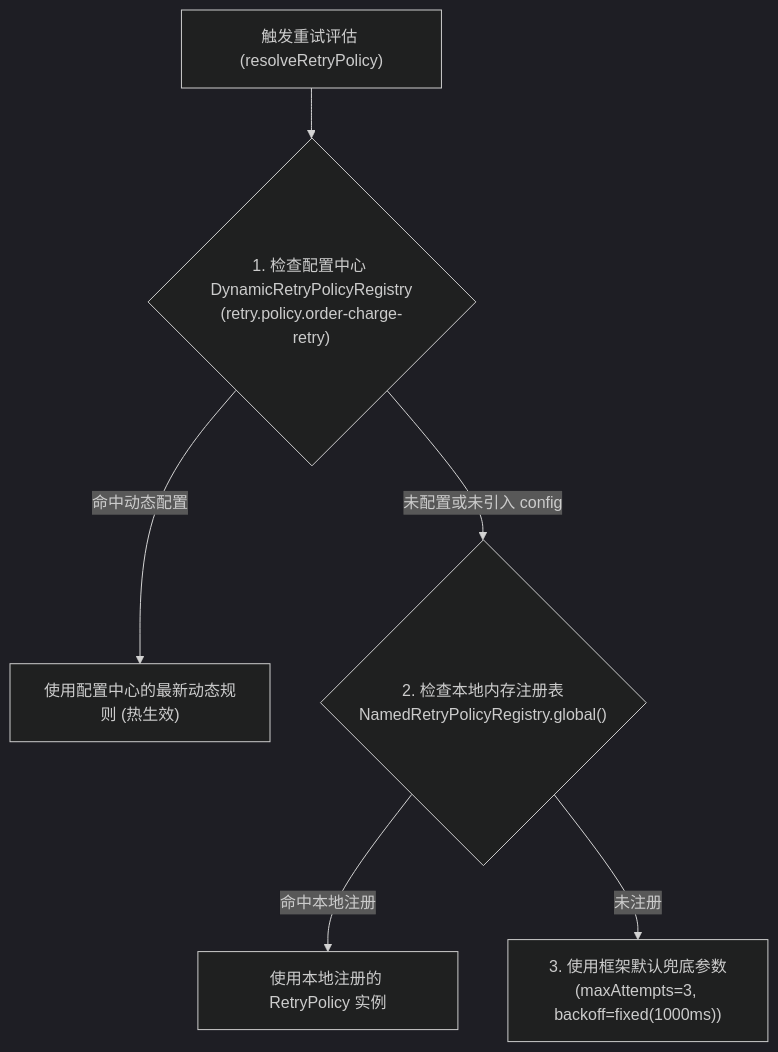
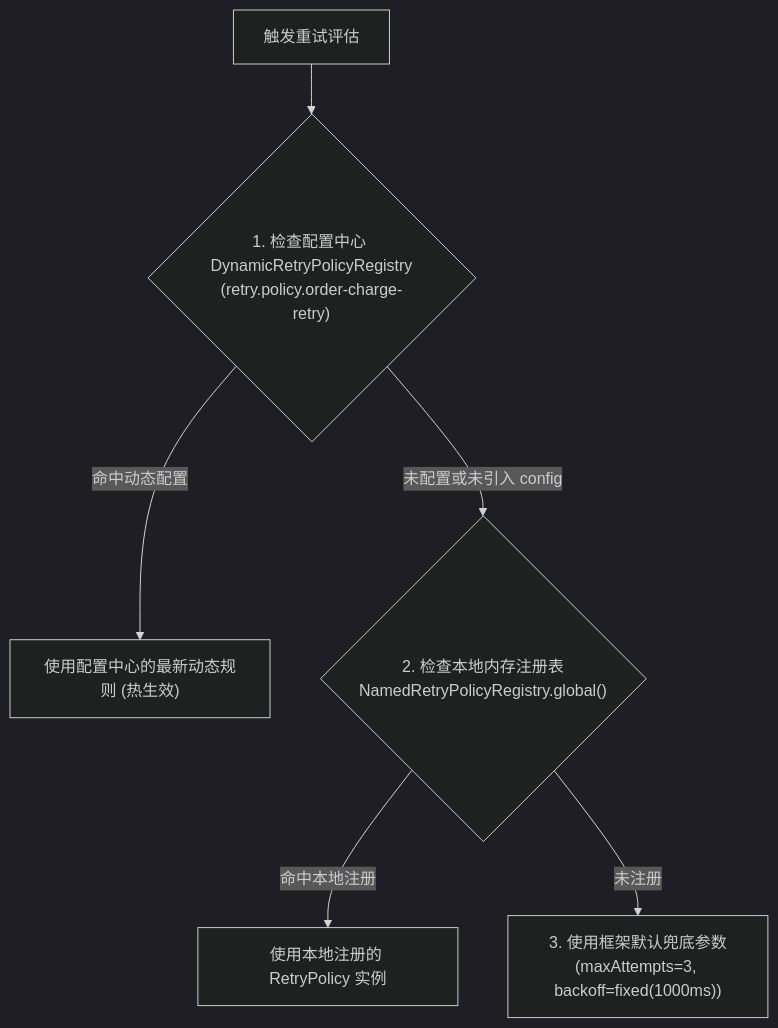
One commit to team4u/team4u-framework changed the second of 3 diagrams in docs/flow/policy-retry.md. Above: the diagram before and after it, drawn with Mermaid (dark theme). The commit also changed other lines of this file and 142 other files, not shown here.

````diff
--- a/docs/flow/policy-retry.md
+++ b/docs/flow/policy-retry.md
@@ -225,10 +225,10 @@
 ```mermaid
 graph TD
-    START["触发重试评估 (resolveRetryPolicy)"] --> S1{"1. 检查配置中心 DynamicRetryPolicyRegistry<br/>(retry.policy.order-charge-retry)"}
+    START["触发重试评估"] --> S1{"1. 检查配置中心 DynamicRetryPolicyRegistry<br/>(retry.policy.order-charge-retry)"}
     
     S1 -->|"命中动态配置"| USE_DYN["使用配置中心的最新动态规则 (热生效)"]
     S1 -->|"未配置或未引入 config"| S2{"2. 检查本地内存注册表<br/>NamedRetryPolicyRegistry.global()"}
     
     S2 -->|"命中本地注册"| USE_NAMED["使用本地注册的 RetryPolicy 实例"]
     S2 -->|"未注册"| S3["3. 使用框架默认兜底参数<br/>(maxAttempts=3, backoff=fixed(1000ms))"]
 ```
````
